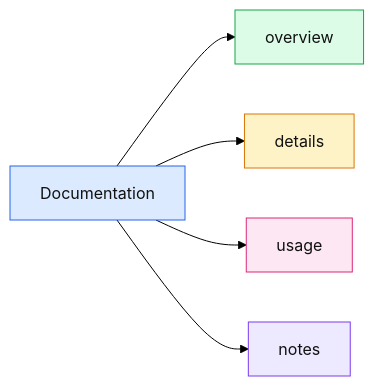
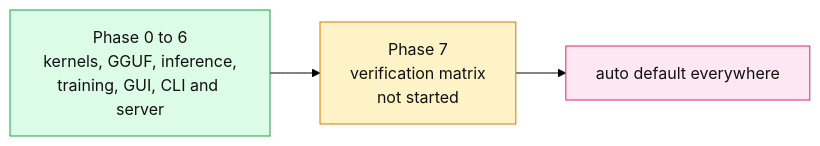
Diagram 19 of 21 in readme.md (thomascherickal/ferrum-gpu), drawn with Mermaid (forest theme) before and after one commit. The commit also changed other lines of this file and 4 other files, not shown here.

First line of the commit message:
docs: hand-drawn data-flow diagrams for the readme, architecture and GUI pages

````diff
--- a/readme.md
+++ b/readme.md
@@ -516,13 +542,10 @@
 ```mermaid
 flowchart LR
-    a["Documentation"]:::root
-    a --> n0["overview"]:::c0
-    a --> n1["details"]:::c1
-    a --> n2["usage"]:::c2
-    a --> n3["notes"]:::c3
-    classDef root fill:#dbeafe,stroke:#2563eb,color:#111
-    classDef c0 fill:#dcfce7,stroke:#16a34a,color:#111
-    classDef c1 fill:#fef3c7,stroke:#d97706,color:#111
-    classDef c2 fill:#fce7f3,stroke:#db2777,color:#111
-    classDef c3 fill:#ede9fe,stroke:#7c3aed,color:#111
+    p0["Phase 0 to 6<br/>kernels, GGUF, inference,<br/>training, GUI, CLI and server"]:::gpu --> p7["Phase 7<br/>verification matrix<br/>not started"]:::cpu
+    p7 --> a["auto default everywhere"]:::io
+    classDef core fill:#dbeafe,stroke:#2563eb,color:#111
+    classDef gpu fill:#dcfce7,stroke:#16a34a,color:#111
+    classDef cpu fill:#fef3c7,stroke:#d97706,color:#111
+    classDef io fill:#fce7f3,stroke:#db2777,color:#111
+    classDef host fill:#ede9fe,stroke:#7c3aed,color:#111
 ```
````
